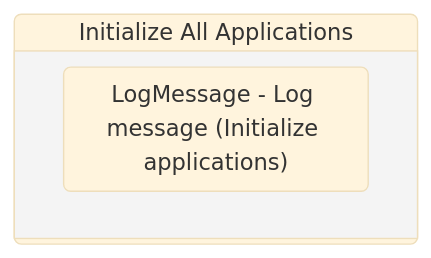
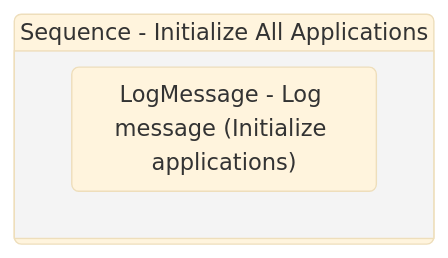
One commit to yashbrahmbhatt/LazyFramework changed the diagram in Documentation/.templates/Performers/REFramework/Framework/InitAllApplications.md. Above: the diagram before and after it, drawn with Mermaid (base theme). The commit also changed other lines of this file and 78 other files, not shown here.

````diff
--- a/Documentation/.templates/Performers/REFramework/Framework/InitAllApplications.md
+++ b/Documentation/.templates/Performers/REFramework/Framework/InitAllApplications.md
@@ -67,10 +67,10 @@
 ```mermaid
 stateDiagram-v2
 
 
-Sequence_2: Initialize All Applications
+Sequence_2: Sequence - Initialize All Applications
 state Sequence_2 {
 direction TB
 LogMessage_1 : LogMessage - Log message (Initialize applications)
 }
 ```
````
